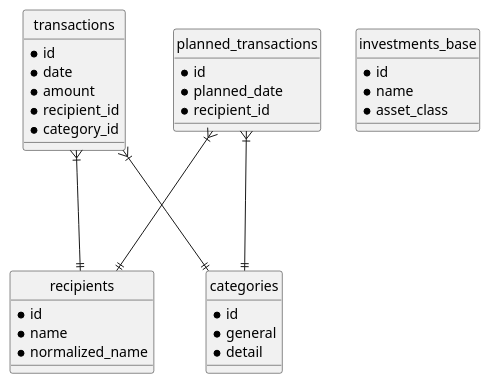
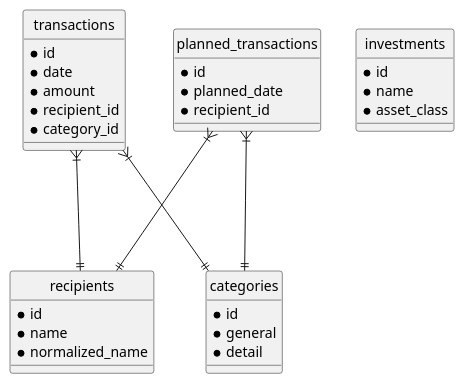
Before and after one commit to EraPartner/Vision: the diagram in docs/reference/data-model.md, drawn with PlantUML. The commit also changed other lines of this file and 246 other files, not shown here.

````diff
--- a/docs/reference/data-model.md
+++ b/docs/reference/data-model.md
@@ -921,43 +927,43 @@
 ```plantuml
 @startuml
 hide circle
 
 entity "transactions" as txn {
   * id
   * date
   * amount
   * recipient_id
   * category_id
 }
 
 entity "recipients" as rcpt {
   * id
   * name
   * normalized_name
 }
 
 entity "categories" as cat {
   * id
   * general
   * detail
 }
 
 entity "planned_transactions" as pt {
   * id
   * planned_date
   * recipient_id
 }
 
-entity "investments_base" as inv {
+entity "investments" as inv {
   * id
   * name
   * asset_class
 }
 
 txn }|---|| rcpt
 txn }|---|| cat
 pt }|---|| rcpt
 pt }|---|| cat
 
 @enduml
 ```
````
